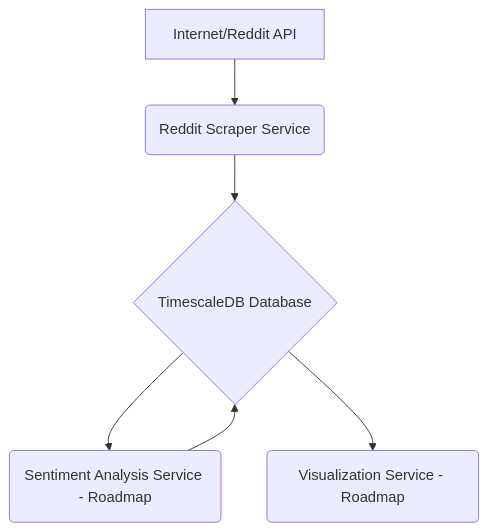
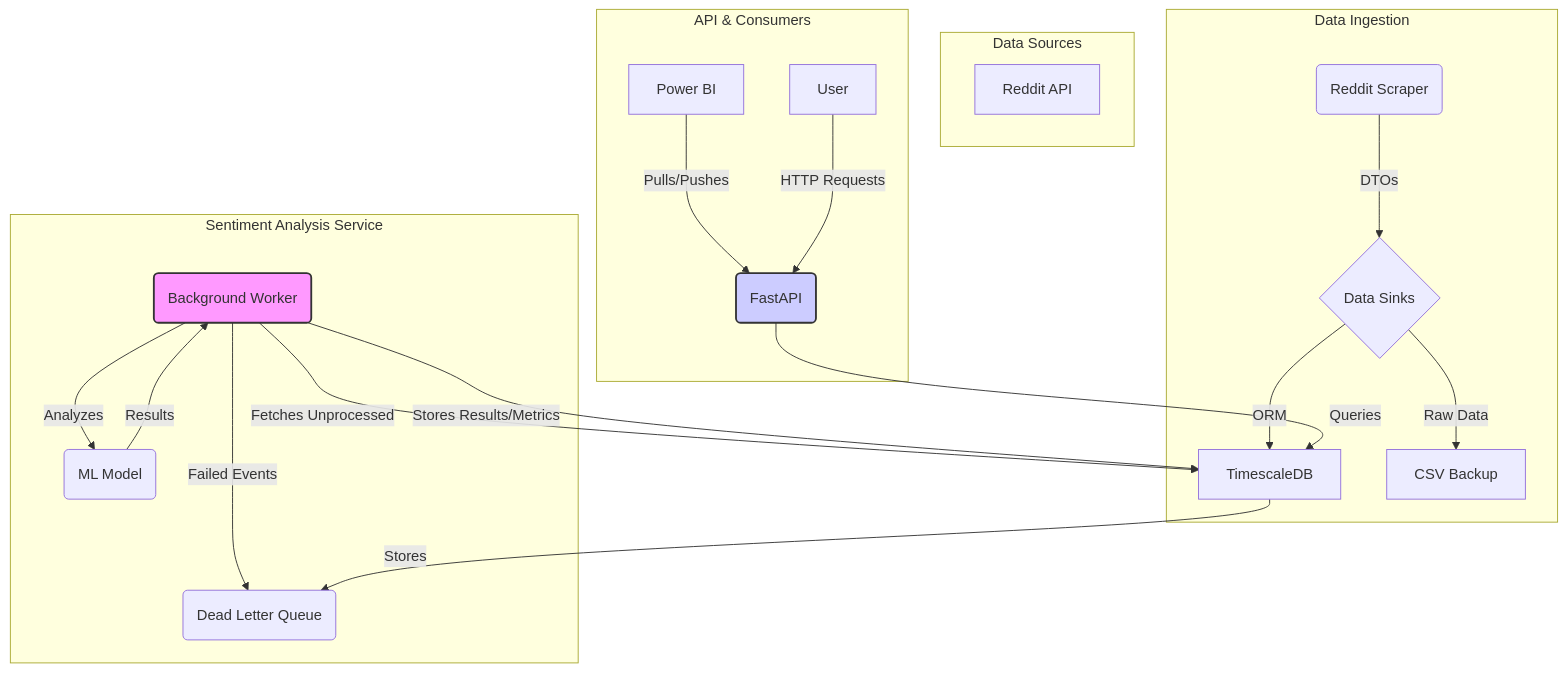
One commit to King-Derp/sentiment_pipeline changed the diagram in README.md. Above: the diagram before and after it, drawn with Mermaid. The commit also changed other lines of this file and 13 other files, not shown here.

````diff
--- a/README.md
+++ b/README.md
@@ -47,8 +39,31 @@
 ```mermaid
 graph TD
-    A[Internet/Reddit API] --> B(Reddit Scraper Service);
-    B --> C{TimescaleDB Database};
-    C --> D(Sentiment Analysis Service - Roadmap);
-    D --> C;
-    C --> E(Visualization Service - Roadmap);
+    subgraph "Data Sources"
+        A[Reddit API]
+    end
+
+    subgraph "Data Ingestion"
+        B(Reddit Scraper) -- DTOs --> C{Data Sinks};
+        C -- ORM --> D[TimescaleDB];
+        C -- Raw Data --> E[CSV Backup];
+    end
+
+    subgraph "Sentiment Analysis Service"
+        F(Background Worker) -- Fetches Unprocessed --> D;
+        F -- Analyzes --> G(ML Model);
+        G -- Results --> F;
+        F -- Stores Results/Metrics --> D;
+        F -- Failed Events --> H(Dead Letter Queue);
+    end
+
+    subgraph "API & Consumers"
+        I(FastAPI) -- Queries --> D;
+        J[Power BI] -- Pulls/Pushes --> I;
+        K[User] -- HTTP Requests --> I;
+    end
+
+    D -- Stores --> H
+
+    style F fill:#f9f,stroke:#333,stroke-width:2px
+    style I fill:#ccf,stroke:#333,stroke-width:2px
 ```
````
